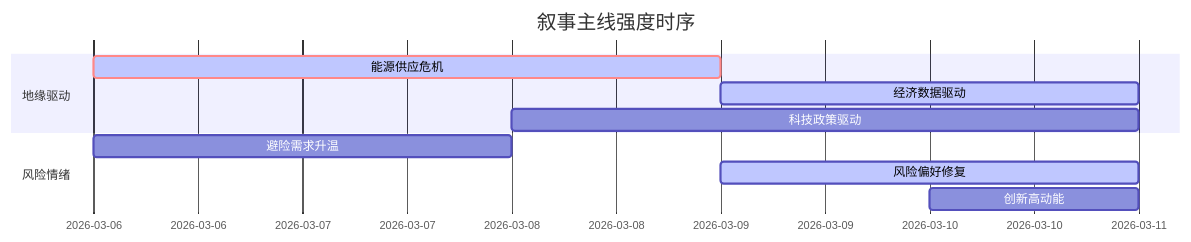
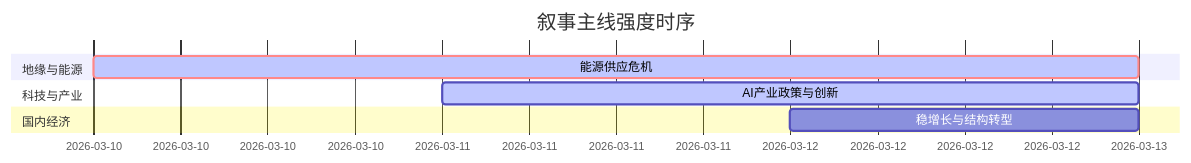
The diagram in 5day_report.md (uu5zn/uu5zn.github.io), drawn with Mermaid before and after one commit. The commit also changed other lines of this file and 19 other files, not shown here.

````diff
--- a/5day_report.md
+++ b/5day_report.md
@@ -54,14 +54,11 @@
 ```mermaid
 gantt
     title 叙事主线强度时序
     dateFormat  YYYY-MM-DD
-    section 地缘驱动
-    能源供应危机   :crit, active, 2026-03-06, 3d
-    经济数据驱动   :active, 2026-03-09, 2d
-    科技政策驱动   :2026-03-08, 3d
-    
-    section 风险情绪
-    避险需求升温   :2026-03-06, 2d
-    风险偏好修复   :active, 2026-03-09, 2d
-    创新高动能     :2026-03-10, 1d
+    section 地缘与能源
+    能源供应危机   :crit, active, 2026-03-10, 3d
+    section 科技与产业
+    AI产业政策与创新   :active, 2026-03-11, 2d
+    section 国内经济
+    稳增长与结构转型   :2026-03-12, 1d
 ```
````
